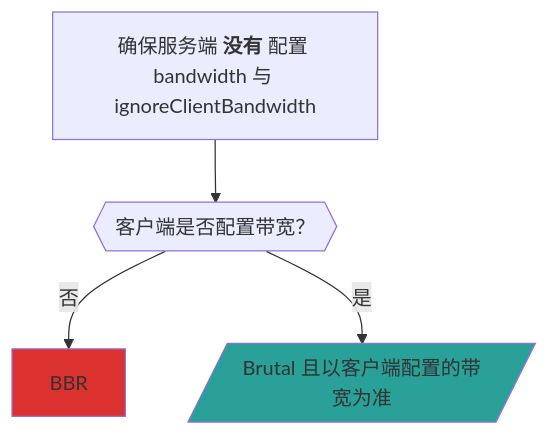
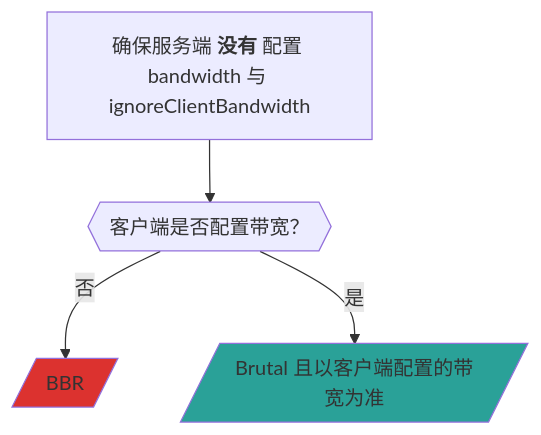
The second of 2 diagrams in docs/docs/advanced/Full-Server-Config.zh.md (apernet/hysteria-website), drawn with Mermaid before and after one commit.

Commit message:
chore: minor diagram change

````diff
--- a/docs/docs/advanced/Full-Server-Config.zh.md
+++ b/docs/docs/advanced/Full-Server-Config.zh.md
@@ -162,9 +162,9 @@
 ```mermaid
 graph TD;
     S_no_BW["`确保服务端 **没有** 配置 bandwidth 与 ignoreClientBandwidth`"] --> C_has_BW;
-    C_has_BW{{"客户端是否配置带宽？"}} -- "否" --> BBR;
+    C_has_BW{{"客户端是否配置带宽？"}} -- "否" --> BBR[/"BBR"/];
     C_has_BW -- "是" -->  Brutal_C[/"Brutal 且以客户端配置的带宽为准"/];
 
     style BBR fill:#dc322f;
     style Brutal_C fill:#2aa198;
 ```
````
